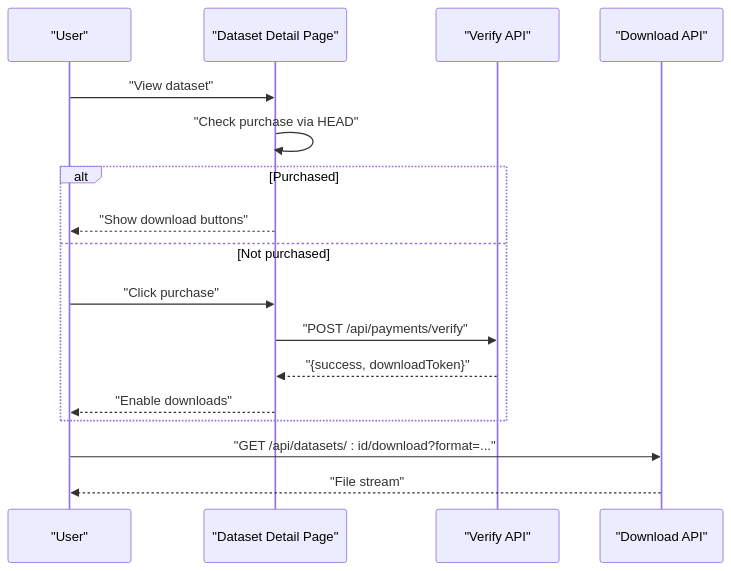
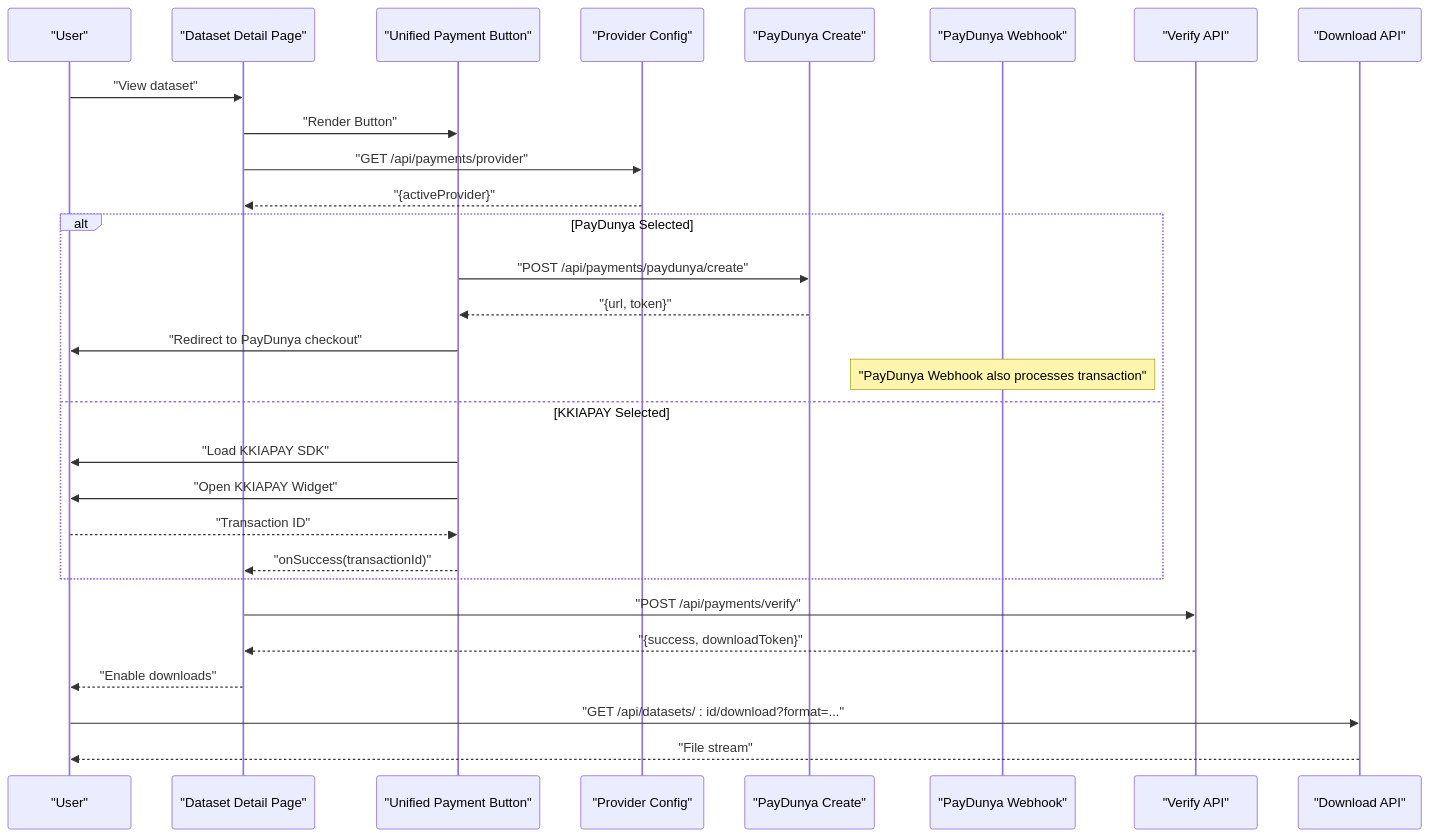
The sixth of 7 diagrams in .qoder/repowiki/en/content/Payment System/Payment System.md (alikizang/datafrica), drawn with Mermaid before and after one commit. The commit also changed other lines of this file and 21 other files, not shown here.

````diff
--- a/.qoder/repowiki/en/content/Payment System/Payment System.md
+++ b/.qoder/repowiki/en/content/Payment System/Payment System.md
@@ -259,19 +494,31 @@
 ```mermaid
 sequenceDiagram
 participant U as "User"
 participant P as "Dataset Detail Page"
+participant PB as "Unified Payment Button"
+participant PC as "Provider Config"
+participant PD as "PayDunya Create"
+participant PW as "PayDunya Webhook"
 participant V as "Verify API"
 participant D as "Download API"
 U->>P : "View dataset"
-P->>P : "Check purchase via HEAD"
-alt Purchased
-P-->>U : "Show download buttons"
-else Not purchased
-U->>P : "Click purchase"
+P->>PB : "Render Button"
+P->>PC : "GET /api/payments/provider"
+PC-->>P : "{activeProvider}"
+alt PayDunya Selected
+PB->>PD : "POST /api/payments/paydunya/create"
+PD-->>PB : "{url, token}"
+PB->>U : "Redirect to PayDunya checkout"
+Note over PW : "PayDunya Webhook also processes transaction"
+else KKIAPAY Selected
+PB->>U : "Load KKIAPAY SDK"
+PB->>U : "Open KKIAPAY Widget"
+U-->>PB : "Transaction ID"
+PB-->>P : "onSuccess(transactionId)"
+end
 P->>V : "POST /api/payments/verify"
 V-->>P : "{success, downloadToken}"
 P-->>U : "Enable downloads"
-end
 U->>D : "GET /api/datasets/ : id/download?format=..."
 D-->>U : "File stream"
 ```
````
